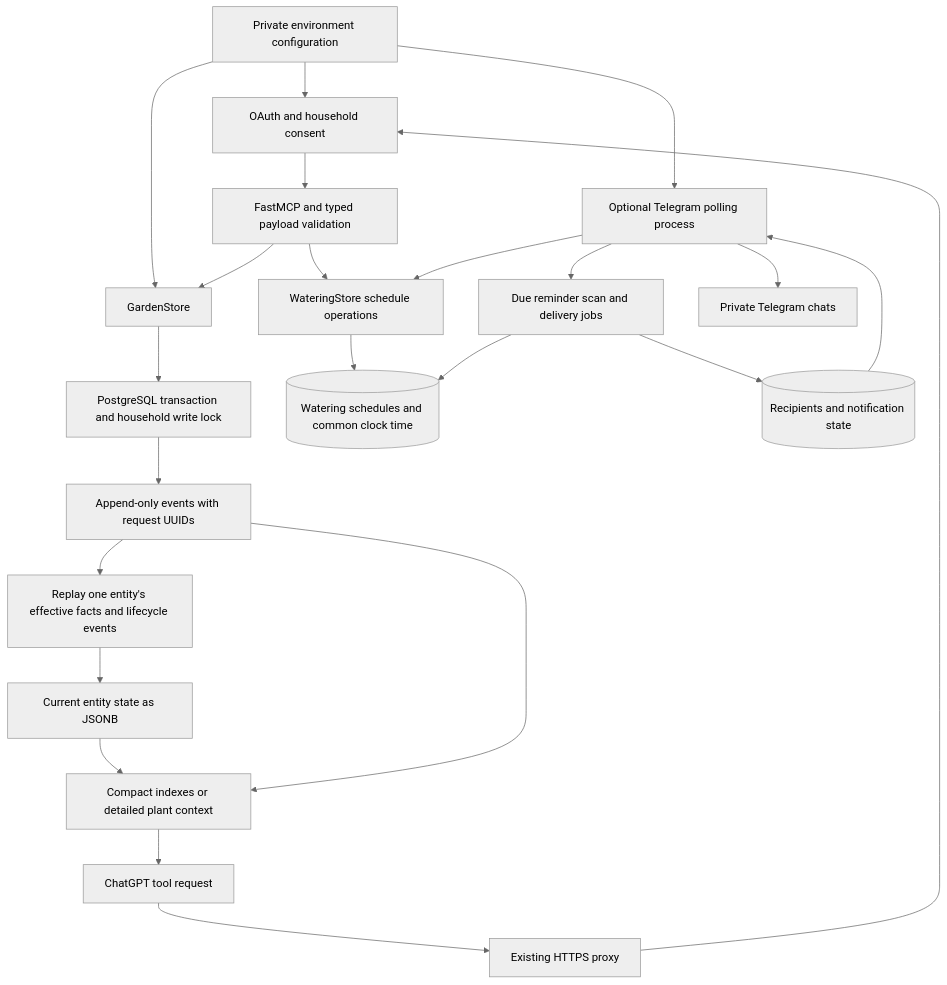
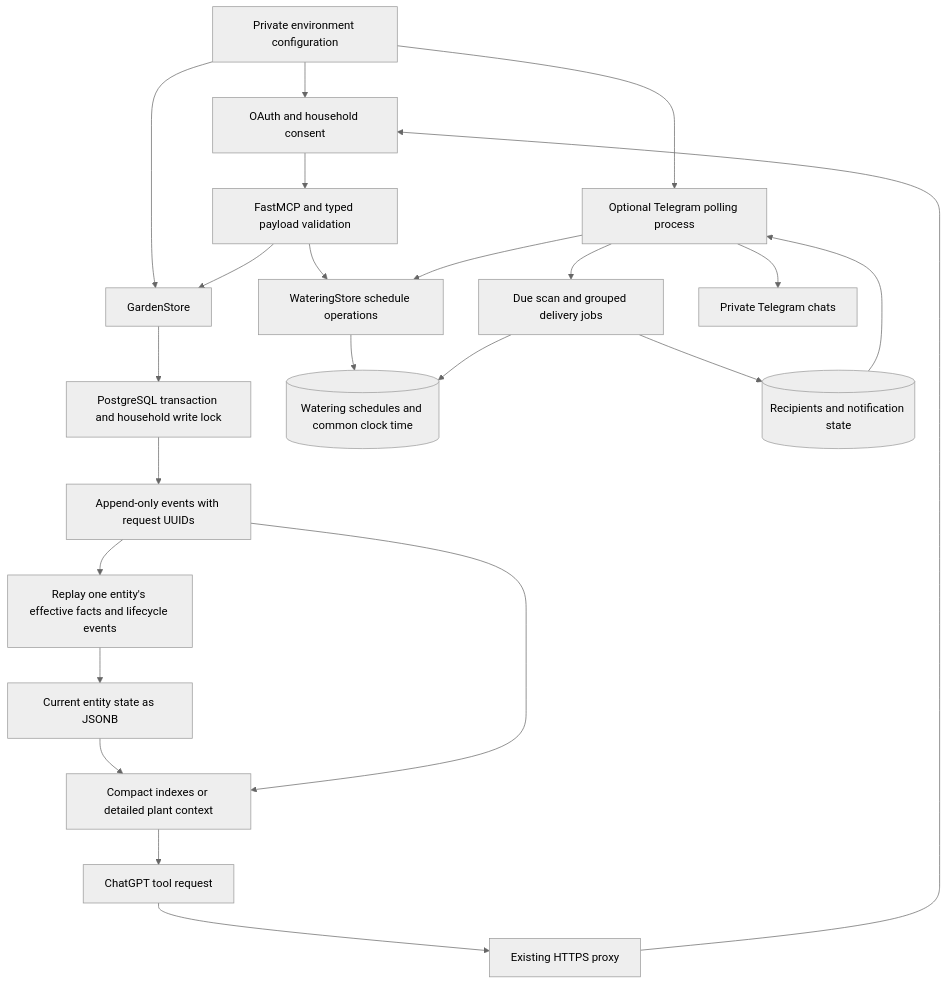
The diagram in docs/state/system/data_flow.md (memesrized/her-garden), drawn with Mermaid (neutral theme) before and after one commit. The commit also changed other lines of this file and 13 other files, not shown here.

First line of the commit message:
feat(watering)!: group due plants in one Telegram reminder

````diff
--- a/docs/state/system/data_flow.md
+++ b/docs/state/system/data_flow.md
@@ -3,25 +3,25 @@
 ```mermaid
 flowchart TD
     config["Private environment configuration"] --> auth["OAuth and household consent"]
     config --> store["GardenStore"]
     config --> bot["Optional Telegram polling process"]
     chatgpt["ChatGPT tool request"] --> tls["Existing HTTPS proxy"]
     tls --> auth
     auth --> tools["FastMCP and typed payload validation"]
     tools --> store
     store --> transaction["PostgreSQL transaction and household write lock"]
     transaction --> events["Append-only events with request UUIDs"]
     events --> projection["Replay one entity's effective facts and lifecycle events"]
     projection --> state["Current entity state as JSONB"]
     state --> results["Compact indexes or detailed plant context"]
     events --> results
     results --> chatgpt
     tools --> plans["WateringStore schedule operations"]
     bot --> plans
     plans --> schedule[("Watering schedules and common clock time")]
-    bot --> jobs["Due reminder scan and delivery jobs"]
+    bot --> jobs["Due scan and grouped delivery jobs"]
     jobs --> schedule
     jobs --> delivery[("Recipients and notification state")]
     delivery --> bot
     bot --> telegram["Private Telegram chats"]
 ```
````
